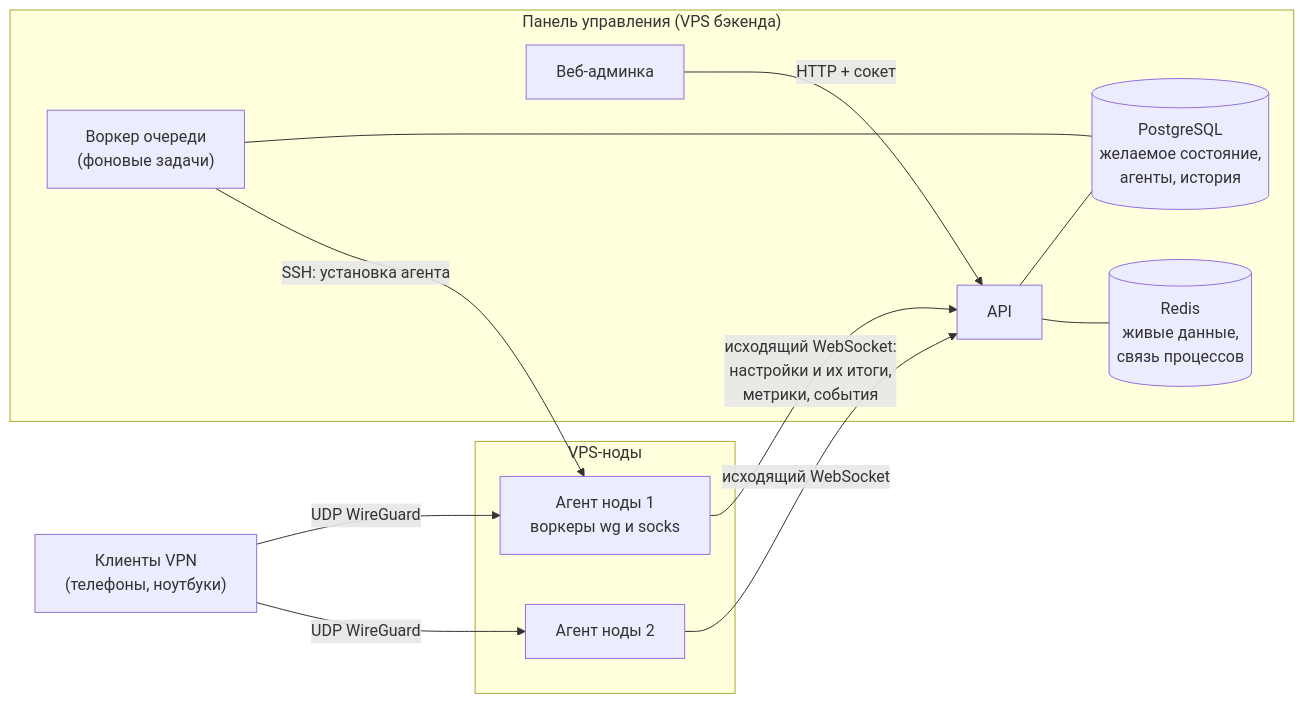
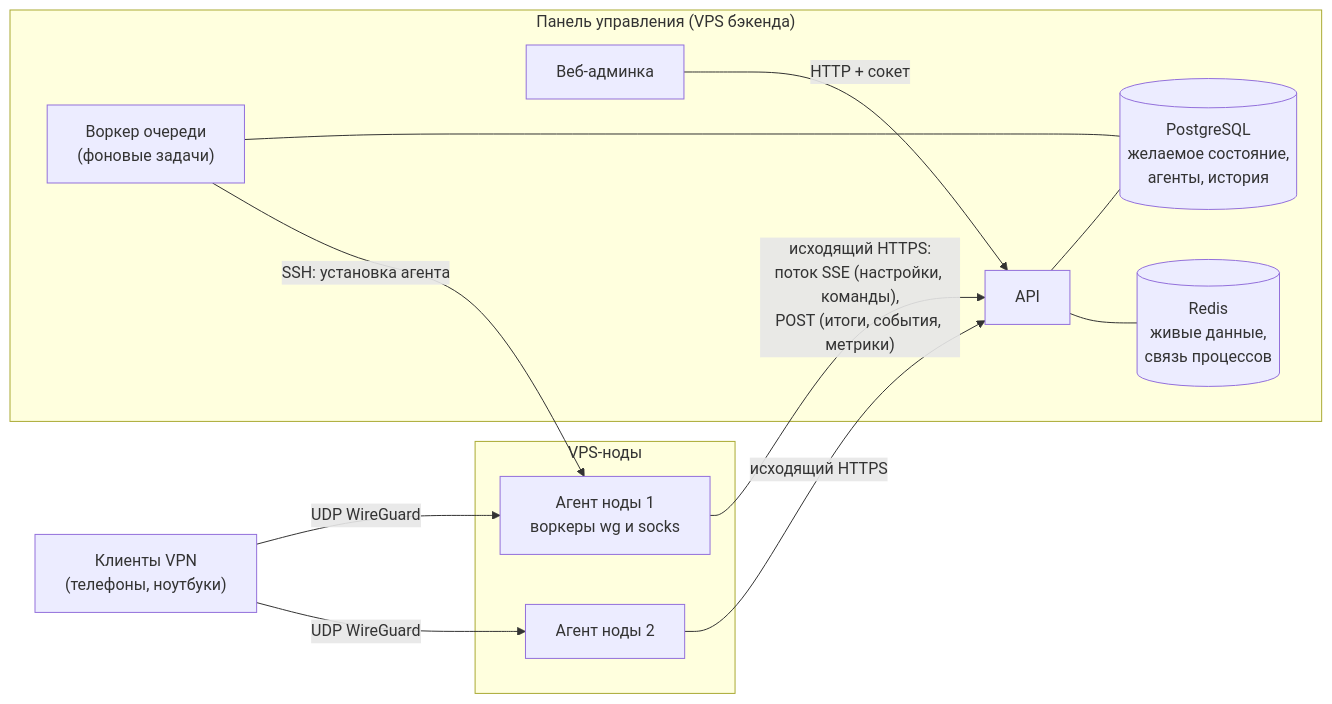
The first of 9 diagrams in docs/WIREGUARD.md (epifanovmd/wg-admin-api), drawn with Mermaid before and after one commit. The commit also changed other lines of this file and 206 other files, not shown here.

````diff
--- a/docs/WIREGUARD.md
+++ b/docs/WIREGUARD.md
@@ -21,27 +21,27 @@
 ```mermaid
 flowchart LR
   subgraph Panel["Панель управления (VPS бэкенда)"]
     WEB["Веб-админка"]
     API["API"]
     WORKER["Воркер очереди<br/>(фоновые задачи)"]
     PG[("PostgreSQL<br/>желаемое состояние,<br/>агенты, история")]
     REDIS[("Redis<br/>живые данные,<br/>связь процессов")]
   end
 
   subgraph Nodes["VPS-ноды"]
     A1["Агент ноды 1<br/>воркеры wg и socks"]
     A2["Агент ноды 2"]
   end
 
   C["Клиенты VPN<br/>(телефоны, ноутбуки)"]
 
   WEB -- "HTTP + сокет" --> API
   API --- PG
   API --- REDIS
   WORKER --- PG
   WORKER -- "SSH: установка агента" --> A1
-  A1 -- "исходящий WebSocket:<br/>настройки и их итоги,<br/>метрики, события" --> API
-  A2 -- "исходящий WebSocket" --> API
+  A1 -- "исходящий HTTPS:<br/>поток SSE (настройки, команды),<br/>POST (итоги, события, метрики)" --> API
+  A2 -- "исходящий HTTPS" --> API
   C -- "UDP WireGuard" --> A1
   C -- "UDP WireGuard" --> A2
 ```
````
